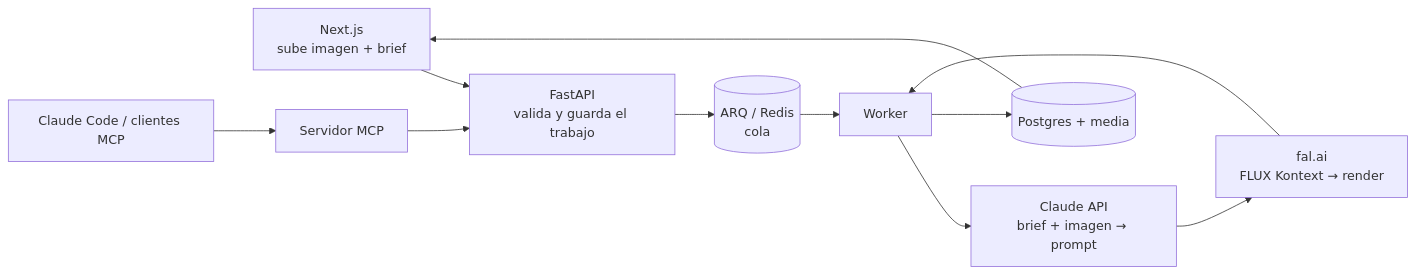
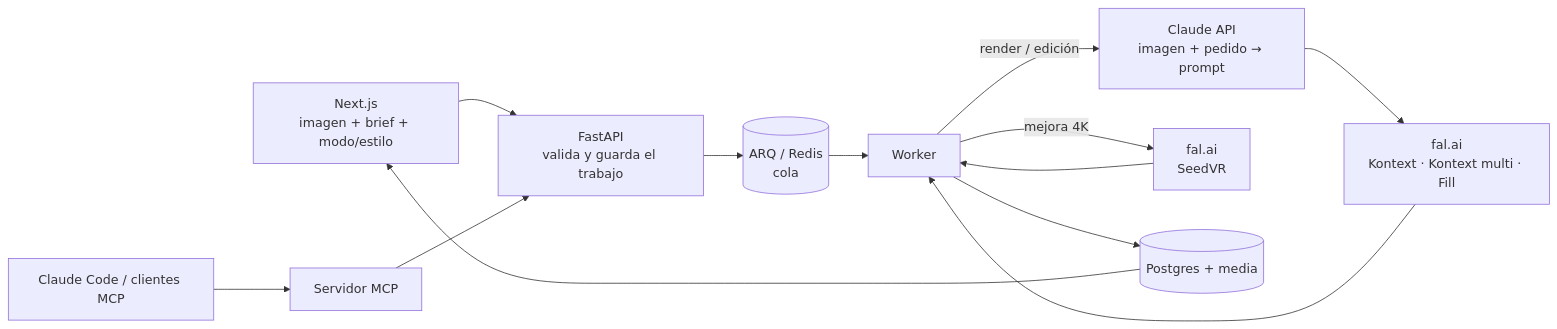
One commit to miguellobo14/mantis-render changed the diagram in README.md. Above: the diagram before and after it, drawn with Mermaid. The commit also changed other lines of this file and 61 other files, not shown here.

Commit message:
Estudio: plantillas de estilo, edición con máscara, comparador antes/después y nueva landing

````diff
--- a/README.md
+++ b/README.md
@@ -5,13 +5,15 @@
 ```mermaid
 flowchart LR
-    U[Next.js<br/>sube imagen + brief] --> A[FastAPI<br/>valida y guarda el trabajo]
+    U[Next.js<br/>imagen + brief + modo/estilo] --> A[FastAPI<br/>valida y guarda el trabajo]
     A --> Q[(ARQ / Redis<br/>cola)]
     Q --> W[Worker]
-    W --> C[Claude API<br/>brief + imagen → prompt]
-    C --> F[fal.ai<br/>FLUX Kontext → render]
+    W -->|render / edición| C[Claude API<br/>imagen + pedido → prompt]
+    C --> F[fal.ai<br/>Kontext · Kontext multi · Fill]
+    W -->|mejora 4K| S[fal.ai<br/>SeedVR]
     F --> W
+    S --> W
     W --> DB[(Postgres + media)]
     DB --> U
     M[Servidor MCP] --> A
     CL[Claude Code / clientes MCP] --> M
 ```
````
